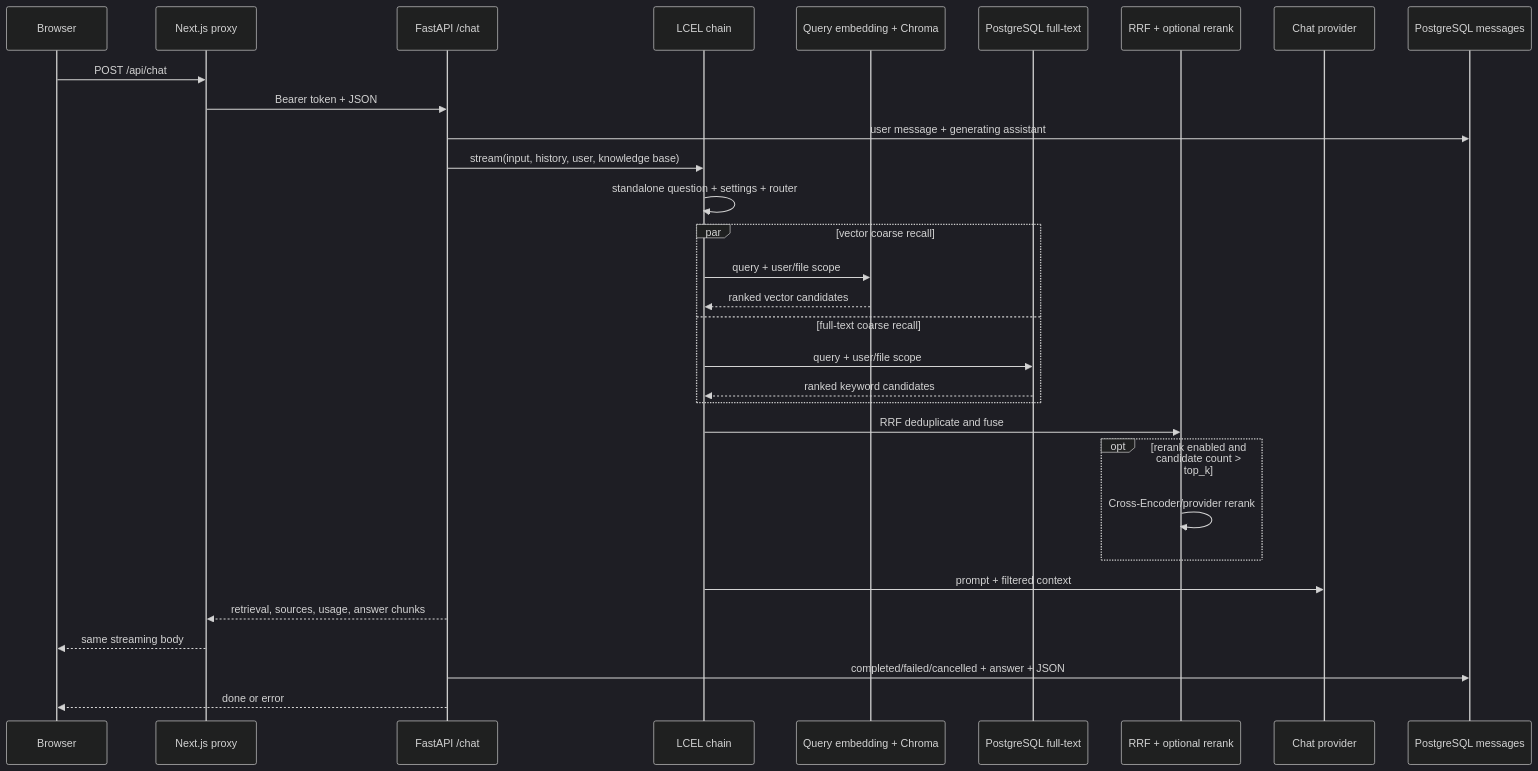
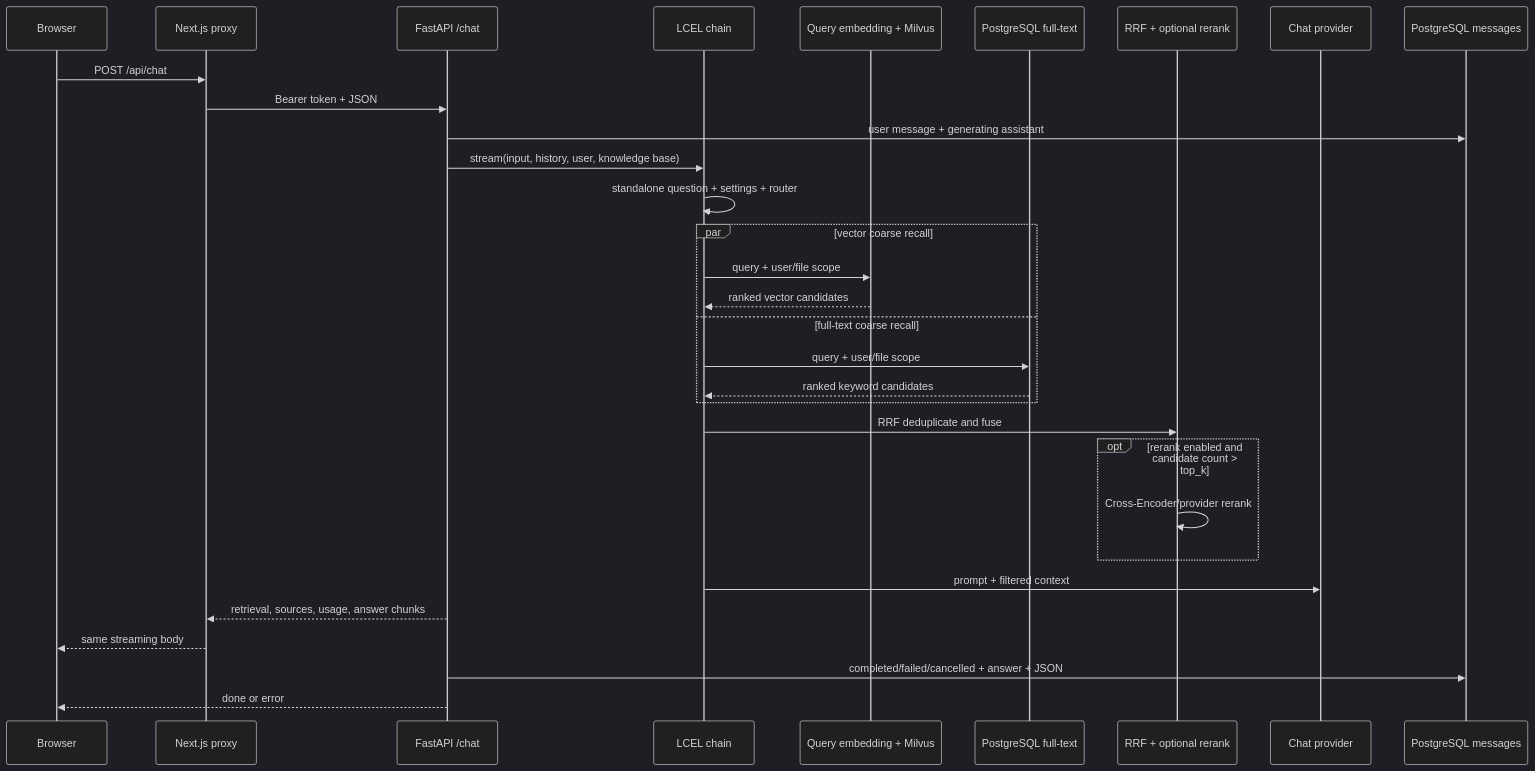
The diagram in docs/tutorials/HYBRID_RETRIEVAL_AND_STREAMING.md (Looball/firstRag), drawn with Mermaid (dark theme) before and after one commit. The commit also changed other lines of this file and 36 other files, not shown here.

First line of the commit message:
feat: switch default vector store to Milvus (#59)

````diff
--- a/docs/tutorials/HYBRID_RETRIEVAL_AND_STREAMING.md
+++ b/docs/tutorials/HYBRID_RETRIEVAL_AND_STREAMING.md
@@ -19,34 +19,34 @@
 ```mermaid
 sequenceDiagram
     participant Browser as Browser
     participant Proxy as Next.js proxy
     participant API as FastAPI /chat
     participant LCEL as LCEL chain
-    participant Vector as Query embedding + Chroma
+    participant Vector as Query embedding + Milvus
     participant Fulltext as PostgreSQL full-text
     participant Rank as RRF + optional rerank
     participant LLM as Chat provider
     participant PG as PostgreSQL messages
 
     Browser->>Proxy: POST /api/chat
     Proxy->>API: Bearer token + JSON
     API->>PG: user message + generating assistant
     API->>LCEL: stream(input, history, user, knowledge base)
     LCEL->>LCEL: standalone question + settings + router
     par vector coarse recall
         LCEL->>Vector: query + user/file scope
         Vector-->>LCEL: ranked vector candidates
     and full-text coarse recall
         LCEL->>Fulltext: query + user/file scope
         Fulltext-->>LCEL: ranked keyword candidates
     end
     LCEL->>Rank: RRF deduplicate and fuse
     opt rerank enabled and candidate count > top_k
         Rank->>Rank: Cross-Encoder/provider rerank
     end
     LCEL->>LLM: prompt + filtered context
     API-->>Proxy: retrieval, sources, usage, answer chunks
     Proxy-->>Browser: same streaming body
     API->>PG: completed/failed/cancelled + answer + JSON
     API-->>Browser: done or error
 ```
````
